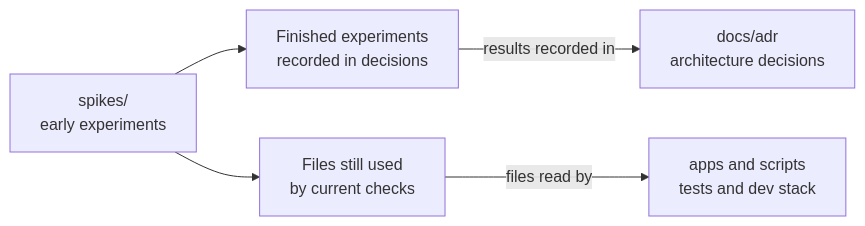
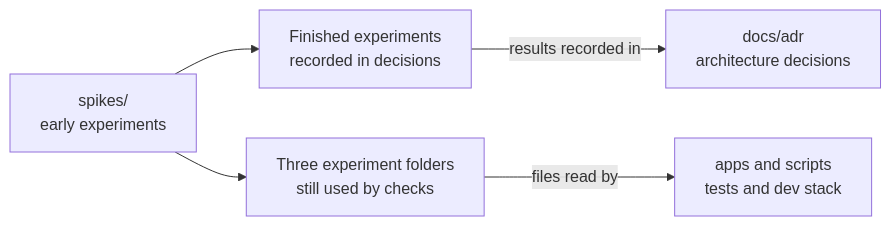
One commit to elewa-git/opencrane-new changed the diagram in spikes/README.md. Above: the diagram before and after it, drawn with Mermaid. The commit also changed other lines of this file and 30 other files, not shown here.

````diff
--- a/spikes/README.md
+++ b/spikes/README.md
@@ -15,7 +16,7 @@
 ```mermaid
 flowchart LR
   spikes["spikes/<br/>early experiments"] --> old["Finished experiments<br/>recorded in decisions"]
-  spikes --> live["Files still used<br/>by current checks"]
+  spikes --> live["Three experiment folders<br/>still used by checks"]
   old -->|results recorded in| decisions["docs/adr<br/>architecture decisions"]
   live -->|files read by| code["apps and scripts<br/>tests and dev stack"]
 ```
````
